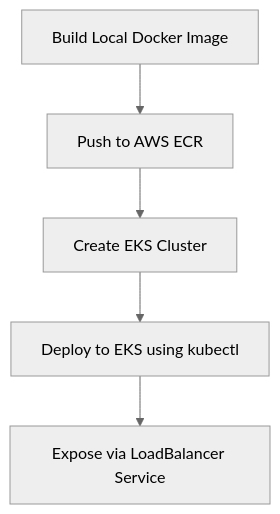
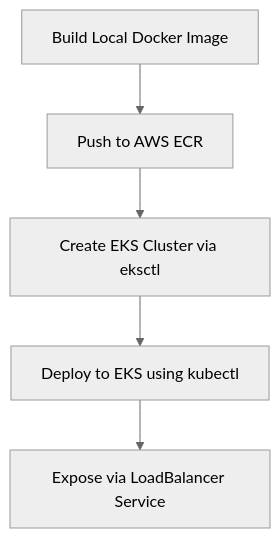
Before and after one commit to ankit24417-sys/devopsNotes: the second of 2 diagrams in Kubernetes.md, drawn with Mermaid (neutral theme). The commit also changed other lines of this file and 4 other files, not shown here.

````diff
--- a/Kubernetes.md
+++ b/Kubernetes.md
@@ -287,7 +679,7 @@
 ```mermaid
 flowchart TD
     A[Build Local Docker Image] --> B[Push to AWS ECR]
-    B --> C[Create EKS Cluster]
+    B --> C[Create EKS Cluster via eksctl]
     C --> D[Deploy to EKS using kubectl]
     D --> E[Expose via LoadBalancer Service]
 ```
````
